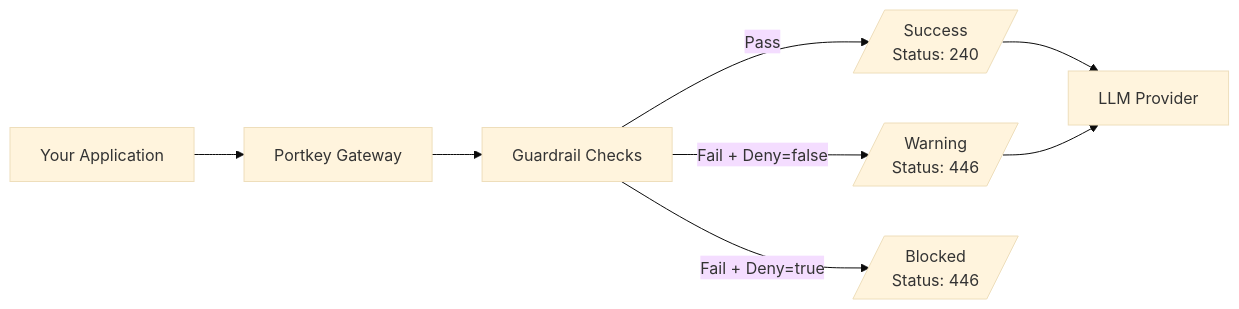
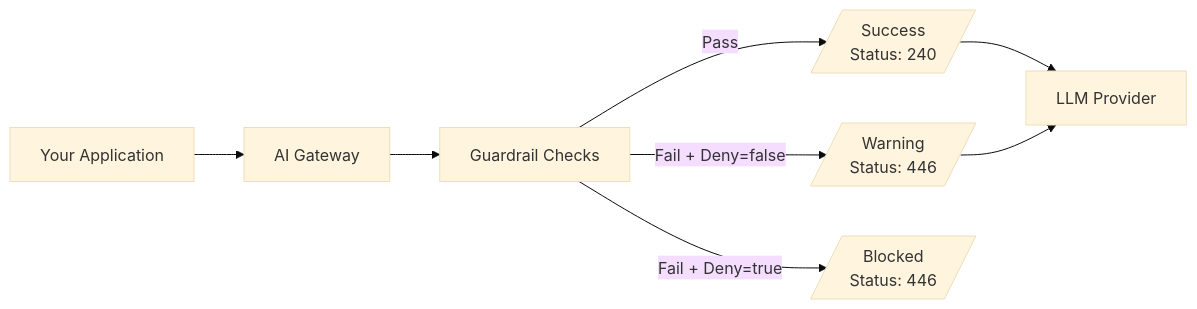
Before and after one commit to Portkey-AI/docs-core: the diagram in aigw/product/guardrails/embedding-guardrails.mdx, drawn with Mermaid (base theme). The commit also changed 174 other files, not shown here.

````diff
--- a/aigw/product/guardrails/embedding-guardrails.mdx
+++ b/aigw/product/guardrails/embedding-guardrails.mdx
@@ -24,16 +24,16 @@
 ```mermaid
 flowchart LR
-    App[Your Application] --> Portkey[Portkey Gateway]
+    App[Your Application] --> Portkey[AI Gateway]
     Portkey --> Guardrails[Guardrail Checks]
 
     Guardrails -->|Pass| Success[/Success\nStatus: 240/]
     Guardrails -->|Fail + Deny=false| Warning[/Warning\nStatus: 446/]
     Guardrails -->|Fail + Deny=true| Blocked[/Blocked\nStatus: 446/]
 
     Success --> LLM[LLM Provider]
     Warning --> LLM
 
     class Success success
     class Warning warning
     class Blocked danger
 ```
````
